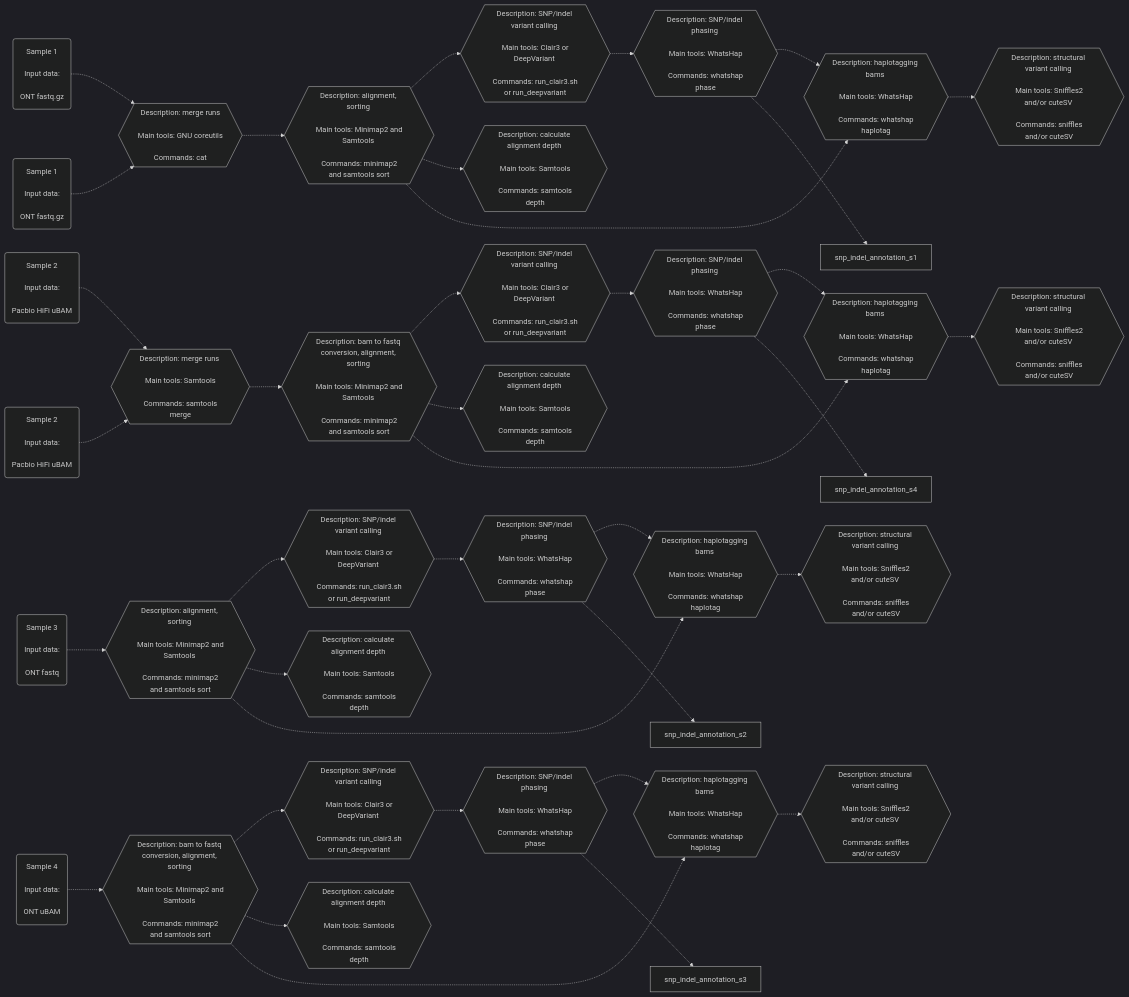
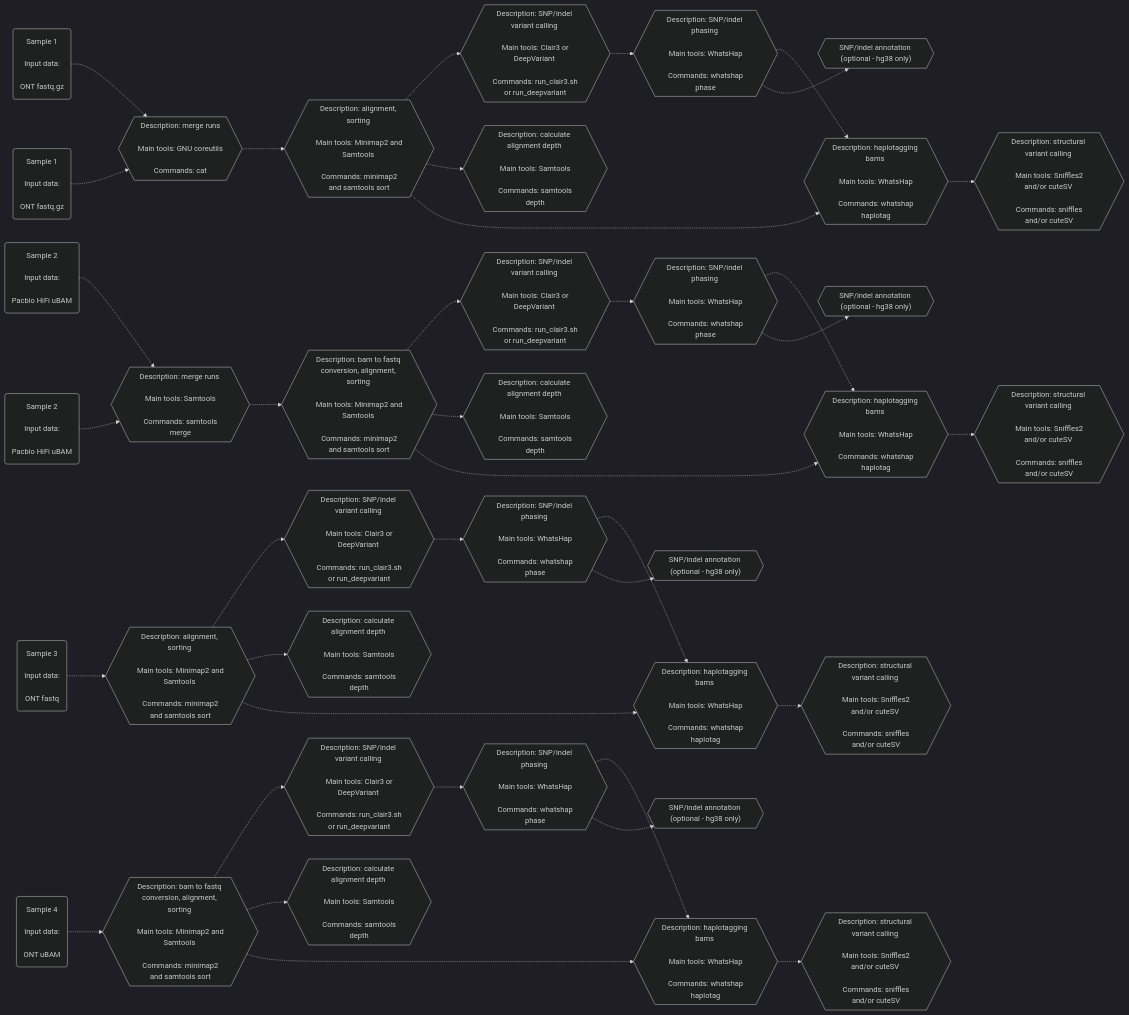
Before and after one commit to leahkemp/pipeface: the second of 2 diagrams in README.md, drawn with Mermaid. The commit also changed other lines of this file, not shown here.

Commit message:
specify annnotation is only for hg38 and fix mermaid plots

````diff
--- a/README.md
+++ b/README.md
@@ -39,68 +39,73 @@
 ```mermaid
 %%{init: {'theme':'dark'}}%%
 flowchart LR
 
 ont_data_f1("Sample 1 \n\n Input data: \n\n ONT fastq.gz")
 ont_data_f2("Sample 1 \n\n Input data: \n\n ONT fastq.gz")
 pacbio_data_f3("Sample 2 \n\n Input data: \n\n Pacbio HiFi uBAM")
 pacbio_data_f4("Sample 2 \n\n Input data: \n\n Pacbio HiFi uBAM")
 ont_data_f5("Sample 3 \n\n Input data: \n\n ONT fastq")
 ont_data_f6("Sample 4 \n\n Input data: \n\n ONT uBAM")
 
 merging_m1{{"Description: merge runs \n\n Main tools: GNU coreutils \n\n Commands: cat"}}
 merging_m2{{"Description: merge runs \n\n Main tools: Samtools \n\n Commands: samtools merge"}}
 
 alignment_s1{{"Description: alignment, sorting \n\n Main tools: Minimap2 and Samtools \n\n Commands: minimap2 and samtools sort"}}
 alignment_s2{{"Description: alignment, sorting \n\n Main tools: Minimap2 and Samtools \n\n Commands: minimap2 and samtools sort"}}
 alignment_s3{{"Description: bam to fastq conversion, alignment, sorting \n\n Main tools: Minimap2 and Samtools \n\n Commands: minimap2 and samtools sort"}}
 alignment_s4{{"Description: bam to fastq conversion, alignment, sorting \n\n Main tools: Minimap2 and Samtools \n\n Commands: minimap2 and samtools sort"}}
 
 depth_s1{{"Description: calculate alignment depth \n\n Main tools: Samtools \n\n Commands: samtools depth"}}
 depth_s2{{"Description: calculate alignment depth \n\n Main tools: Samtools \n\n Commands: samtools depth"}}
 depth_s3{{"Description: calculate alignment depth \n\n Main tools: Samtools \n\n Commands: samtools depth"}}
 depth_s4{{"Description: calculate alignment depth \n\n Main tools: Samtools \n\n Commands: samtools depth"}}
 
 snp_indel_calling_s1{{"Description: SNP/indel variant calling \n\n Main tools: Clair3 or DeepVariant \n\n Commands: run_clair3.sh or run_deepvariant"}}
 snp_indel_calling_s2{{"Description: SNP/indel variant calling \n\n Main tools: Clair3 or DeepVariant \n\n Commands: run_clair3.sh or run_deepvariant"}}
 snp_indel_calling_s3{{"Description: SNP/indel variant calling \n\n Main tools: Clair3 or DeepVariant \n\n Commands: run_clair3.sh or run_deepvariant"}}
 snp_indel_calling_s4{{"Description: SNP/indel variant calling \n\n Main tools: Clair3 or DeepVariant \n\n Commands: run_clair3.sh or run_deepvariant"}}
 
 snp_indel_phasing_s1{{"Description: SNP/indel phasing \n\n Main tools: WhatsHap \n\n Commands: whatshap phase"}}
 snp_indel_phasing_s2{{"Description: SNP/indel phasing \n\n Main tools: WhatsHap \n\n Commands: whatshap phase"}}
 snp_indel_phasing_s3{{"Description: SNP/indel phasing \n\n Main tools: WhatsHap \n\n Commands: whatshap phase"}}
 snp_indel_phasing_s4{{"Description: SNP/indel phasing \n\n Main tools: WhatsHap \n\n Commands: whatshap phase"}}
+
+snp_indel_annotation_s1{{"SNP/indel annotation (optional - hg38 only)"}}
+snp_indel_annotation_s2{{"SNP/indel annotation (optional - hg38 only)"}}
+snp_indel_annotation_s3{{"SNP/indel annotation (optional - hg38 only)"}}
+snp_indel_annotation_s4{{"SNP/indel annotation (optional - hg38 only)"}}
 
 haplotagging_s1{{"Description: haplotagging bams \n\n Main tools: WhatsHap \n\n Commands: whatshap haplotag"}}
 haplotagging_s2{{"Description: haplotagging bams \n\n Main tools: WhatsHap \n\n Commands: whatshap haplotag"}}
 haplotagging_s3{{"Description: haplotagging bams \n\n Main tools: WhatsHap \n\n Commands: whatshap haplotag"}}
 haplotagging_s4{{"Description: haplotagging bams \n\n Main tools: WhatsHap \n\n Commands: whatshap haplotag"}}
 
 sv_calling_s1{{"Description: structural variant calling \n\n Main tools: Sniffles2 and/or cuteSV \n\n Commands: sniffles and/or cuteSV"}}
 sv_calling_s2{{"Description: structural variant calling \n\n Main tools: Sniffles2 and/or cuteSV \n\n Commands: sniffles and/or cuteSV"}}
 sv_calling_s3{{"Description: structural variant calling \n\n Main tools: Sniffles2 and/or cuteSV \n\n Commands: sniffles and/or cuteSV"}}
 sv_calling_s4{{"Description: structural variant calling \n\n Main tools: Sniffles2 and/or cuteSV \n\n Commands: sniffles and/or cuteSV"}}
 
 ont_data_f1-.->merging_m1-.->alignment_s1-.->snp_indel_calling_s1-.->snp_indel_phasing_s1-.->haplotagging_s1-.->sv_calling_s1
 ont_data_f2-.->merging_m1
 ont_data_f5-.->alignment_s2-.->snp_indel_calling_s2-.->snp_indel_phasing_s2-.->haplotagging_s2-.->sv_calling_s2
 ont_data_f6-.->alignment_s3-.->snp_indel_calling_s3-.->snp_indel_phasing_s3-.->haplotagging_s3-.->sv_calling_s3
 
 pacbio_data_f3-.->merging_m2-.->alignment_s4-.->snp_indel_calling_s4-.->snp_indel_phasing_s4-.->haplotagging_s4-.->sv_calling_s4
 pacbio_data_f4-.->merging_m2
 
 alignment_s1-.->depth_s1
 alignment_s2-.->depth_s2
 alignment_s3-.->depth_s3
 alignment_s4-.->depth_s4
 
 alignment_s1-.->haplotagging_s1
 alignment_s2-.->haplotagging_s2
 alignment_s3-.->haplotagging_s3
 alignment_s4-.->haplotagging_s4
 
 snp_indel_phasing_s1-.->snp_indel_annotation_s1
 snp_indel_phasing_s2-.->snp_indel_annotation_s2
 snp_indel_phasing_s3-.->snp_indel_annotation_s3
 snp_indel_phasing_s4-.->snp_indel_annotation_s4
 
 ```
````
